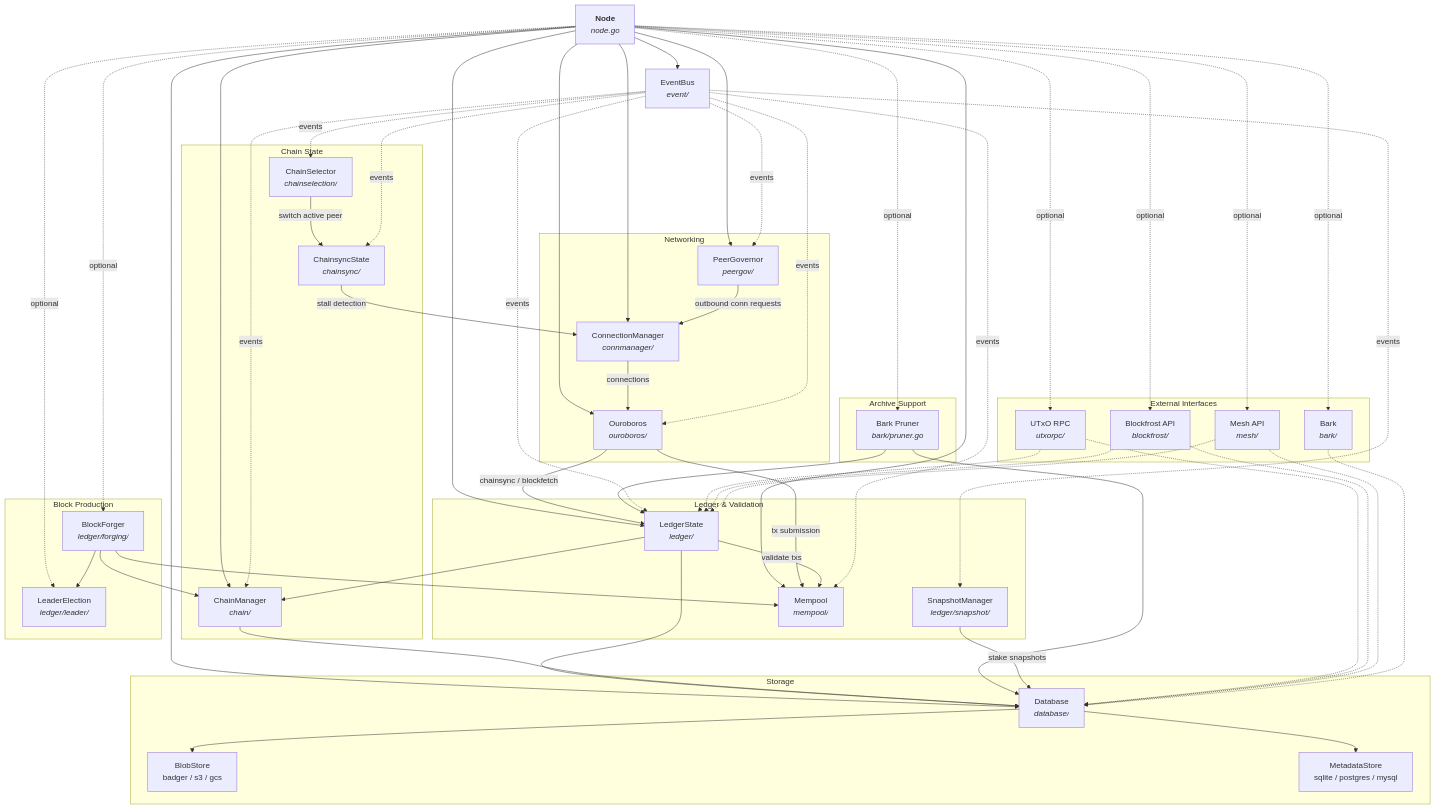
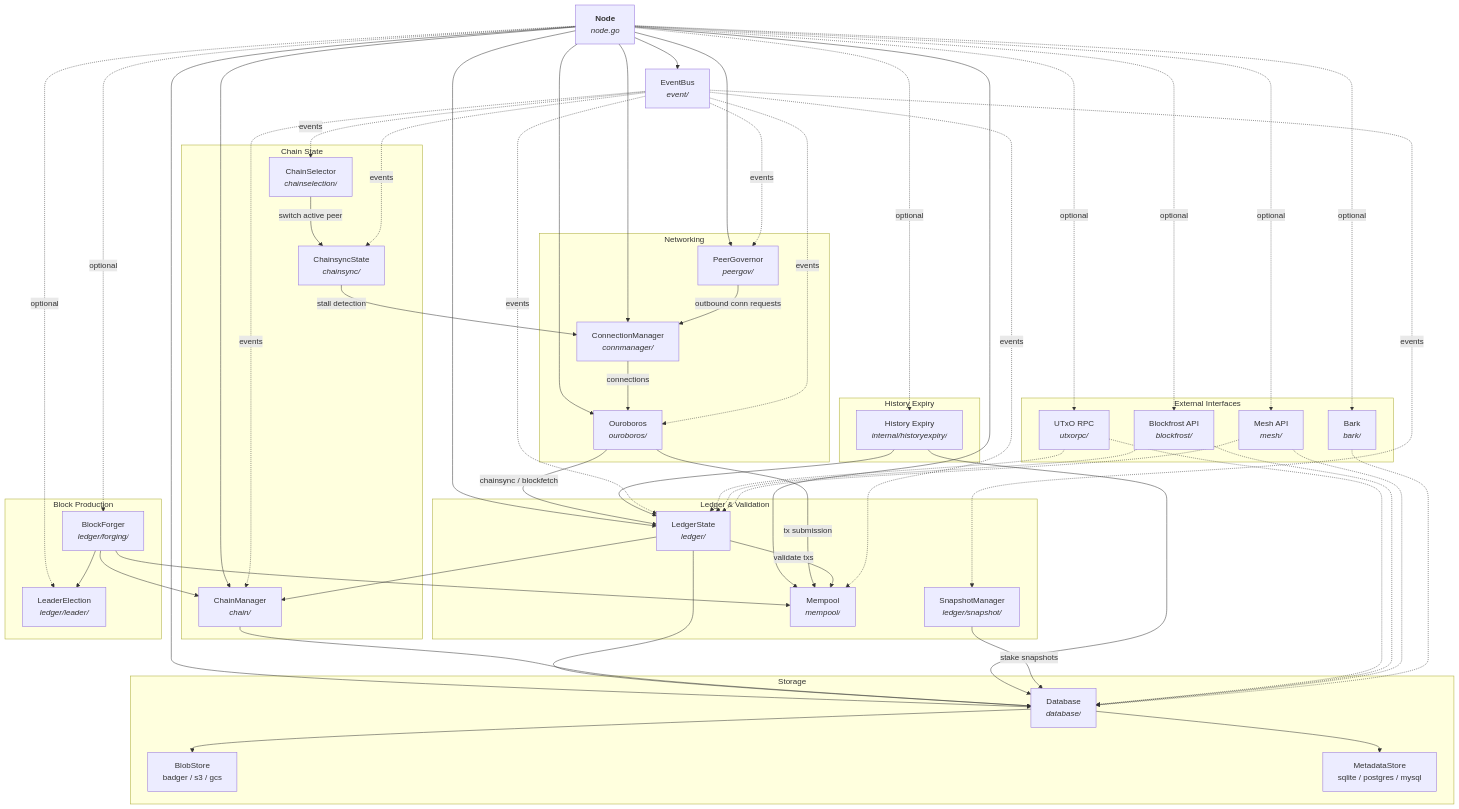
One commit to blinklabs-io/dingo changed the first of 5 diagrams in ARCHITECTURE.md. Above: the diagram before and after it, drawn with Mermaid. The commit also changed other lines of this file and 32 other files, not shown here.

````diff
--- a/ARCHITECTURE.md
+++ b/ARCHITECTURE.md
@@ -59,67 +59,67 @@
 ```mermaid
 graph TB
     Node["<b>Node</b><br/><i>node.go</i>"]
 
     subgraph Networking
         CM["ConnectionManager<br/><i>connmanager/</i>"]
         PG["PeerGovernor<br/><i>peergov/</i>"]
         OB["Ouroboros<br/><i>ouroboros/</i>"]
     end
 
     subgraph "Chain State"
         ChM["ChainManager<br/><i>chain/</i>"]
         CS["ChainsyncState<br/><i>chainsync/</i>"]
         CSel["ChainSelector<br/><i>chainselection/</i>"]
     end
 
     subgraph "Ledger & Validation"
         LS["LedgerState<br/><i>ledger/</i>"]
         SM["SnapshotManager<br/><i>ledger/snapshot/</i>"]
         MP["Mempool<br/><i>mempool/</i>"]
     end
 
     subgraph "Block Production"
         BF["BlockForger<br/><i>ledger/forging/</i>"]
         LE["LeaderElection<br/><i>ledger/leader/</i>"]
     end
 
     subgraph Storage
         DB["Database<br/><i>database/</i>"]
         Blob["BlobStore<br/>badger / s3 / gcs"]
         Meta["MetadataStore<br/>sqlite / postgres / mysql"]
     end
 
     subgraph "External Interfaces"
         URPC["UTxO RPC<br/><i>utxorpc/</i>"]
         BFA["Blockfrost API<br/><i>blockfrost/</i>"]
         Mesh["Mesh API<br/><i>mesh/</i>"]
         Bark["Bark<br/><i>bark/</i>"]
     end
 
-    subgraph "Archive Support"
-        BPruner["Bark Pruner<br/><i>bark/pruner.go</i>"]
+    subgraph "History Expiry"
+        HExpiry["History Expiry<br/><i>internal/historyexpiry/</i>"]
     end
 
     EB["EventBus<br/><i>event/</i>"]
 
     Node --> CM & PG & OB & ChM & LS & MP & DB & EB
-    Node -.->|"optional"| BF & LE & URPC & BFA & Mesh & Bark & BPruner
+    Node -.->|"optional"| BF & LE & URPC & BFA & Mesh & Bark & HExpiry
 
     PG -->|"outbound conn requests"| CM
     CM -->|"connections"| OB
     OB -->|"chainsync / blockfetch"| LS
     OB -->|"tx submission"| MP
     LS --> ChM & DB
     LS -->|"validate txs"| MP
     ChM --> DB
     DB --> Blob & Meta
-    BPruner --> LS & DB
+    HExpiry --> LS & DB
     BF --> LE & MP & ChM
     SM -->|"stake snapshots"| DB
     CSel -->|"switch active peer"| CS
     CS -->|"stall detection"| CM
 
     EB -.->|"events"| LS & ChM & CS & CSel & PG & SM & OB & MP
     URPC & BFA & Mesh -.-> LS & DB
     Bark -.-> DB
 ```
````
